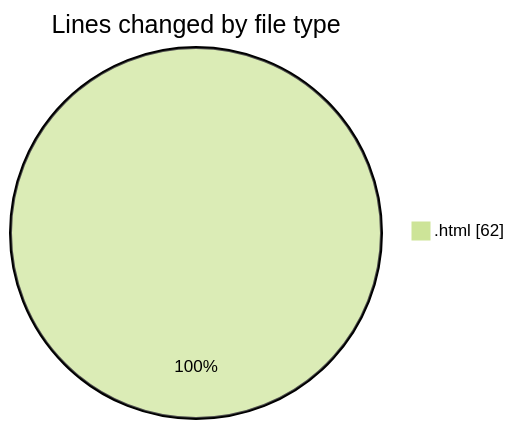
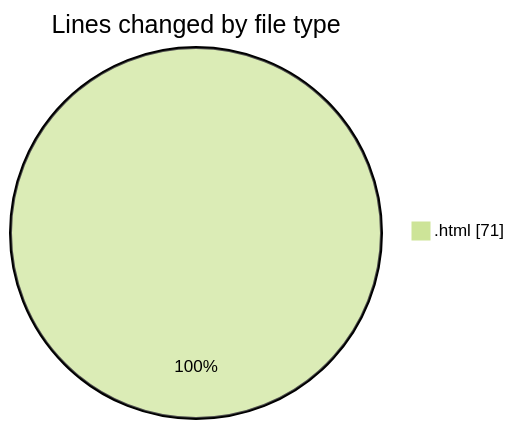
The first of 2 diagrams in 2025-01-09/nueva_carpeta/README.md (LanceThiago/code-tracking), drawn with Mermaid (forest theme) before and after one commit. The commit also changed other lines of this file and 1 other file, not shown here.

````diff
--- a/2025-01-09/nueva_carpeta/README.md
+++ b/2025-01-09/nueva_carpeta/README.md
@@ -20,5 +20,5 @@
 ```mermaid
 pie showData
 title Lines changed by file type
-".html" : 62
+".html" : 71
 ```
````
